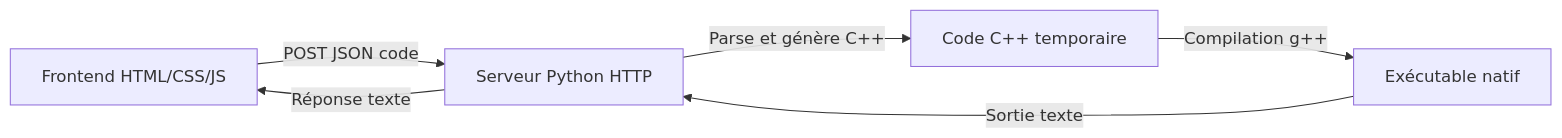
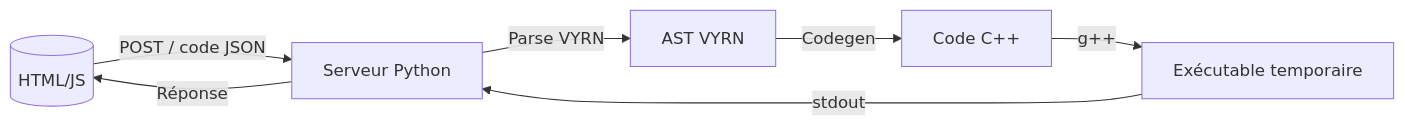
Before and after one commit to arthur10o/VYRN: the diagram in README.md, drawn with Mermaid. The commit also changed other lines of this file, not shown here.

````diff
--- a/README.md
+++ b/README.md
@@ -148,8 +112,8 @@
 ```mermaid
-graph LR 
-    A[Frontend HTML/CSS/JS] -->|POST JSON code| B[Serveur Python HTTP]
-    B -->|Parse et génère C++| C[Code C++ temporaire]
-    C -->|Compilation g++| D[Exécutable natif]
-    D -->|Sortie texte| B
-    B -->|Réponse texte| A
+graph LR
+    A[(HTML/JS)] -->|POST / code JSON| B[Serveur Python]
+    B -->|Parse VYRN| C[AST VYRN]
+    C -->|Codegen| D[Code C++]
+    D -->|g++| E[Exécutable temporaire]
+    E -->|stdout| B -->|Réponse| A
 ```
````
